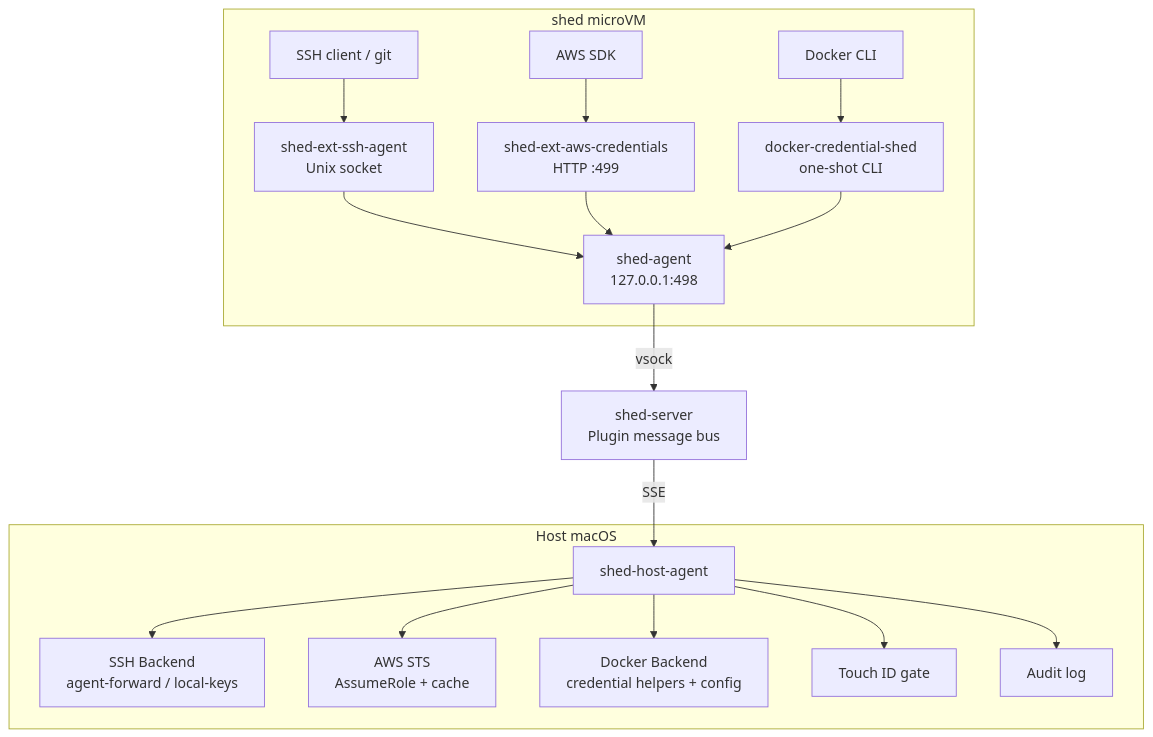
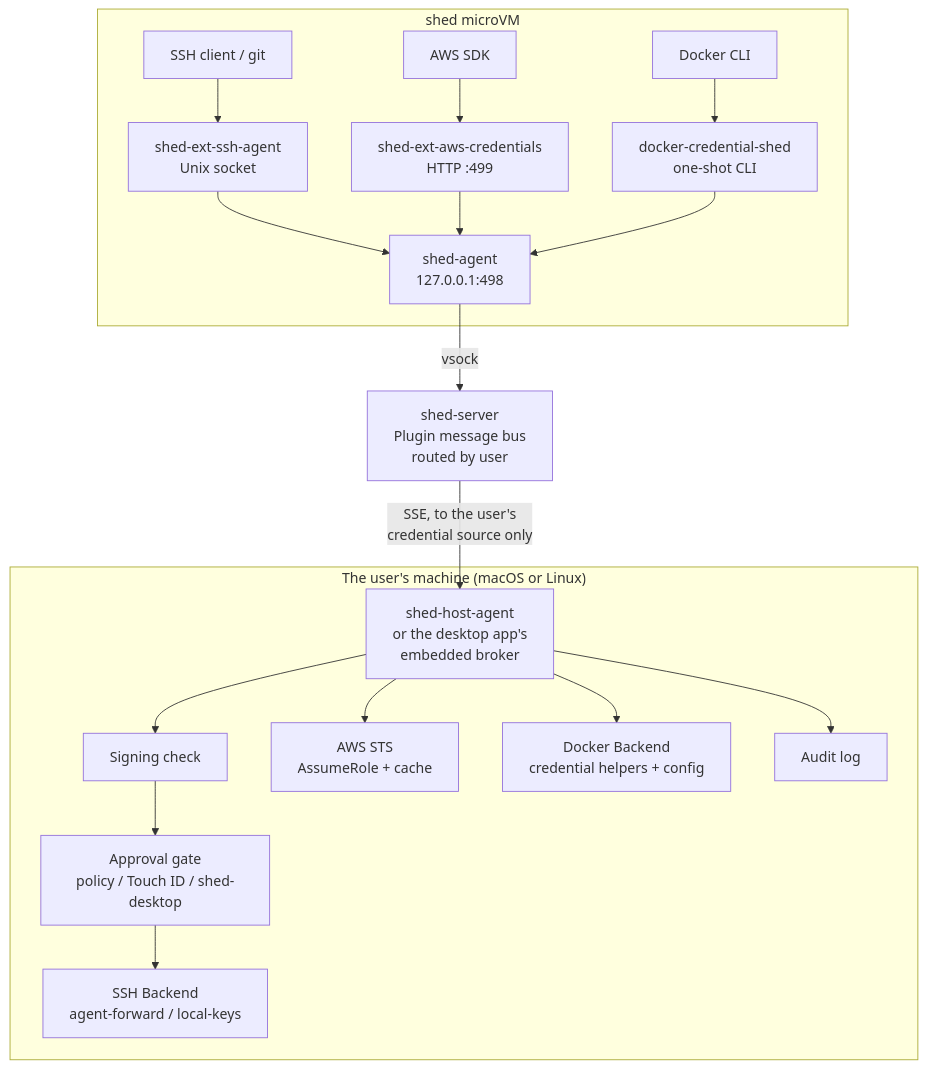
One commit to charliek/shed changed the first of 3 diagrams in docs/extensions/architecture.md. Above: the diagram before and after it, drawn with Mermaid. The commit also changed other lines of this file and 21 other files, not shown here.

First line of the commit message:
docs: the credential source, the signing check and the desktop, from the code

````diff
--- a/docs/extensions/architecture.md
+++ b/docs/extensions/architecture.md
@@ -10,20 +10,21 @@
 ```mermaid
 graph TB
     subgraph "shed microVM"
         SSH[SSH client / git] --> SSA[shed-ext-ssh-agent<br/>Unix socket]
         AWS[AWS SDK] --> AWP[shed-ext-aws-credentials<br/>HTTP :499]
         DCK[Docker CLI] --> DCS[docker-credential-shed<br/>one-shot CLI]
         SSA --> BUS[shed-agent<br/>127.0.0.1:498]
         AWP --> BUS
         DCS --> BUS
     end
-    BUS -->|vsock| SRV[shed-server<br/>Plugin message bus]
-    SRV -->|SSE| HA[shed-host-agent]
-    subgraph "Host macOS"
-        HA --> BE[SSH Backend<br/>agent-forward / local-keys]
+    BUS -->|vsock| SRV[shed-server<br/>Plugin message bus<br/>routed by user]
+    SRV -->|SSE, to the user's<br/>credential source only| HA[shed-host-agent<br/>or the desktop app's<br/>embedded broker]
+    subgraph "The user's machine (macOS or Linux)"
+        HA --> SC[Signing check]
+        SC --> AG[Approval gate<br/>policy / Touch ID / shed-desktop]
+        AG --> BE[SSH Backend<br/>agent-forward / local-keys]
         HA --> STS[AWS STS<br/>AssumeRole + cache]
         HA --> DCB[Docker Backend<br/>credential helpers + config]
-        HA --> TID[Touch ID gate]
         HA --> AL[Audit log]
     end
 ```
````
